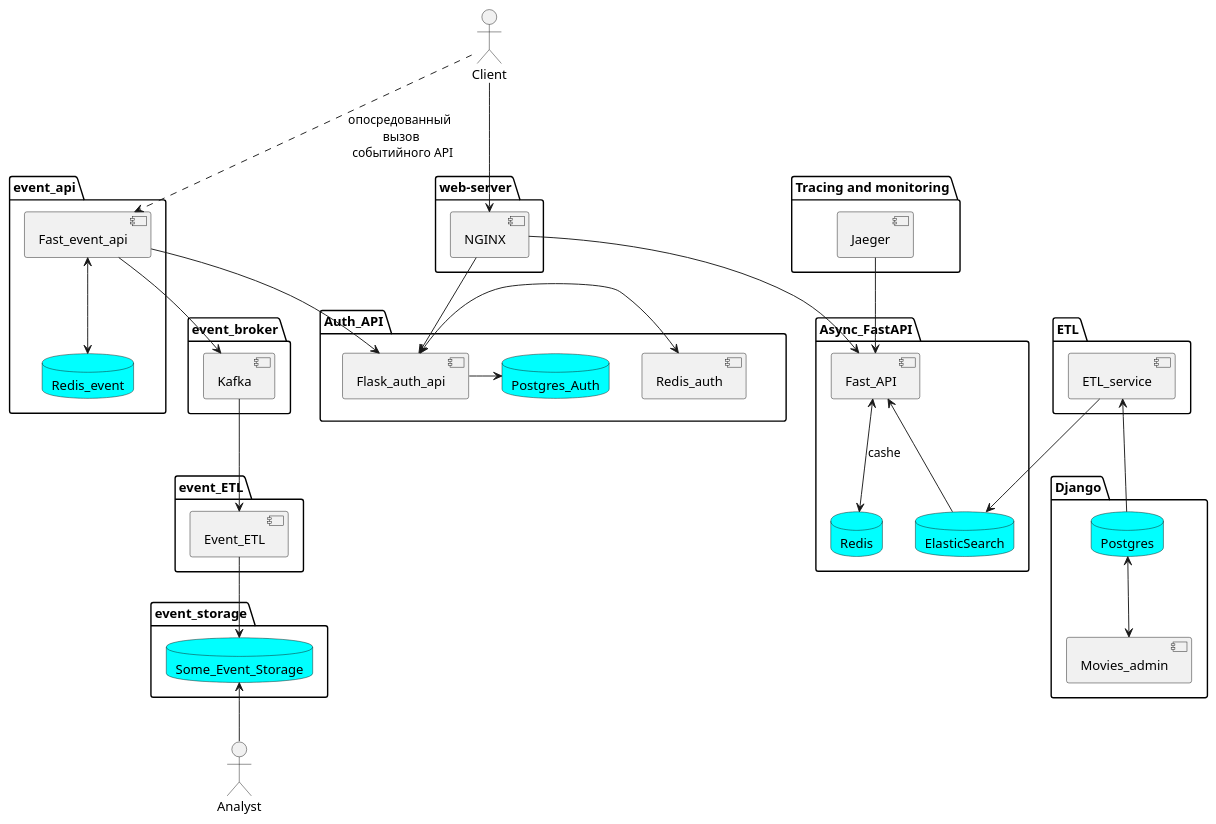
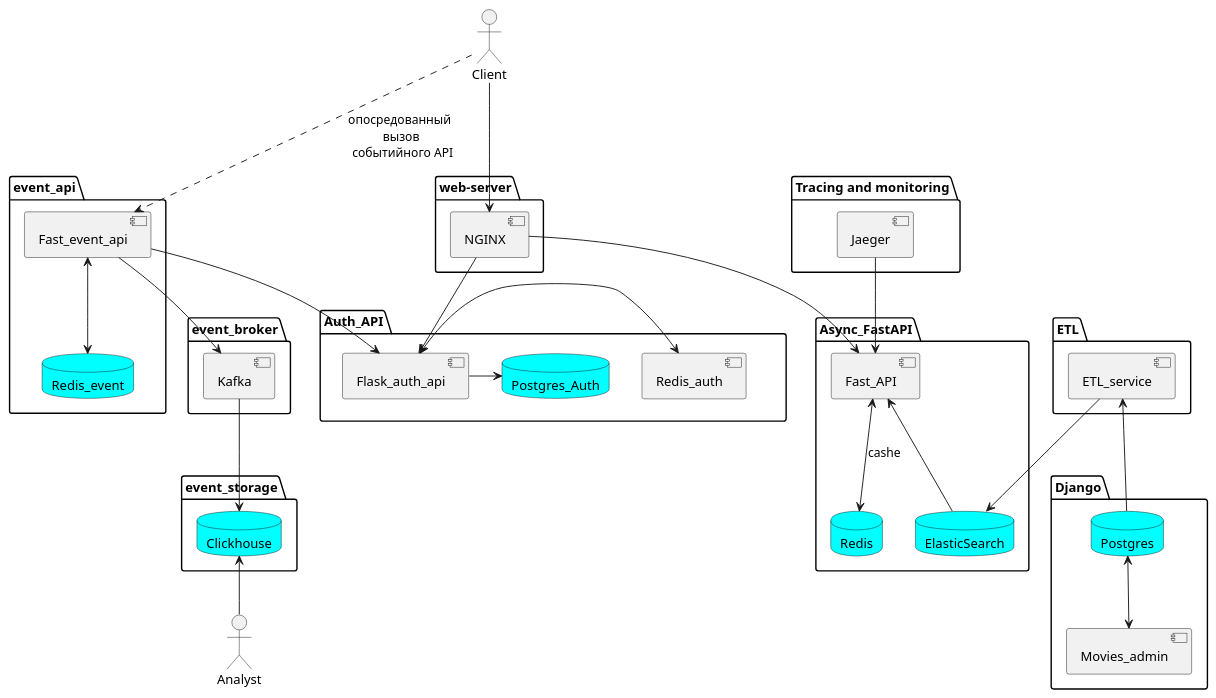
One commit to johanijbabaj/ugc_sprint_1 changed the diagram in docs/tobe_service_architecture.puml. Above: the diagram before and after it, drawn with PlantUML. The commit also changed 1 other file, not shown here.

Commit message:
скорректирована схема сервисов tobe

```diff
--- a/docs/tobe_service_architecture.puml
+++ b/docs/tobe_service_architecture.puml
@@ -1,80 +1,75 @@
 @startuml
 "Client"
 "Analyst"
 
 package "web-server" {
     [NGINX]
 }
 package Auth_API {
     [Flask_auth_api]
     database Postgres_Auth
     database [Redis_auth]
     '----------локальные комментарий
     'note right of [Redis_auth]
     ': Отозванные refresh токены
 }
 package ETL {
     [ETL_service]
 }
 package Async_FastAPI {
     [Fast_API]
     database "ElasticSearch"
     database "Redis"
 }
 package Django {
     [Movies_admin]
     database Postgres
 }
 package "Tracing and monitoring" {
     [Jaeger]
 }
 
 package "event_api" {
     [Fast_event_api]
     database Redis_event
 }
 
 package "event_broker" {
     [Kafka]
 }
 
-package "event_ETL" {
-    [Event_ETL]
-}
-
 
 package "event_storage" {
-    database Some_Event_Storage
+    database Clickhouse
 }
 
 '------------Связи ---------------
 [Client] -[hidden]-> Auth_API
 [Client] --> [NGINX]
 [NGINX] --> [Flask_auth_api]
 [NGINX] --> [Fast_API]
 [ETL_service] --> ElasticSearch
 [ETL_service] <-- Postgres
 [Fast_API] <--> Redis: cashe
 [Fast_API] <-- ElasticSearch
 Postgres <--> [Movies_admin]
 [Flask_auth_api] <-r-> [Redis_auth]
 [Flask_auth_api] -r-> Postgres_Auth
 [Jaeger] --> [Fast_API]
 
-[Kafka] --> [Event_ETL]
-[Event_ETL] --> Some_Event_Storage
-Some_Event_Storage <-- [Analyst]
+[Kafka] --> Clickhouse
+Clickhouse <-- [Analyst]
 
 [Fast_event_api] -->[Flask_auth_api]
 [Fast_event_api] --> [Kafka]
 [Fast_event_api] <--> [Redis_event]
 Client ..> [Fast_event_api]: опосредованный \n вызов \n событийного API
 
 '--------- Комментарии ----------
 'note right of [NGINX]
 '    Прокси веб сервер
 'end note
 'note left of [Client]: Клиентские запросы
 '--------- Раскраска ------------
 skinparam DatabaseBackgroundColor Aqua
 @enduml
```
